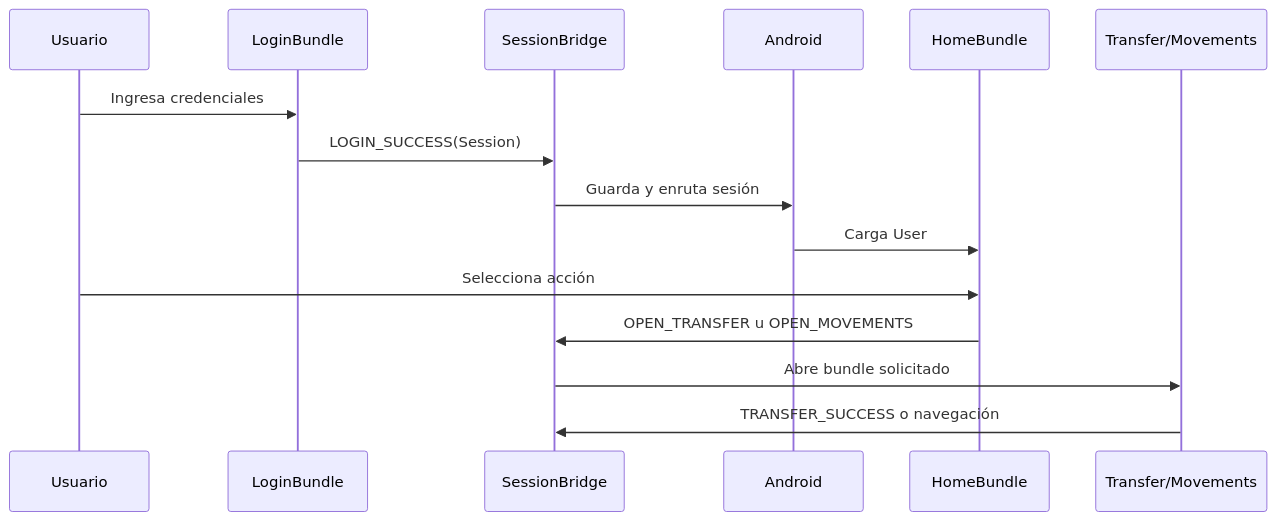
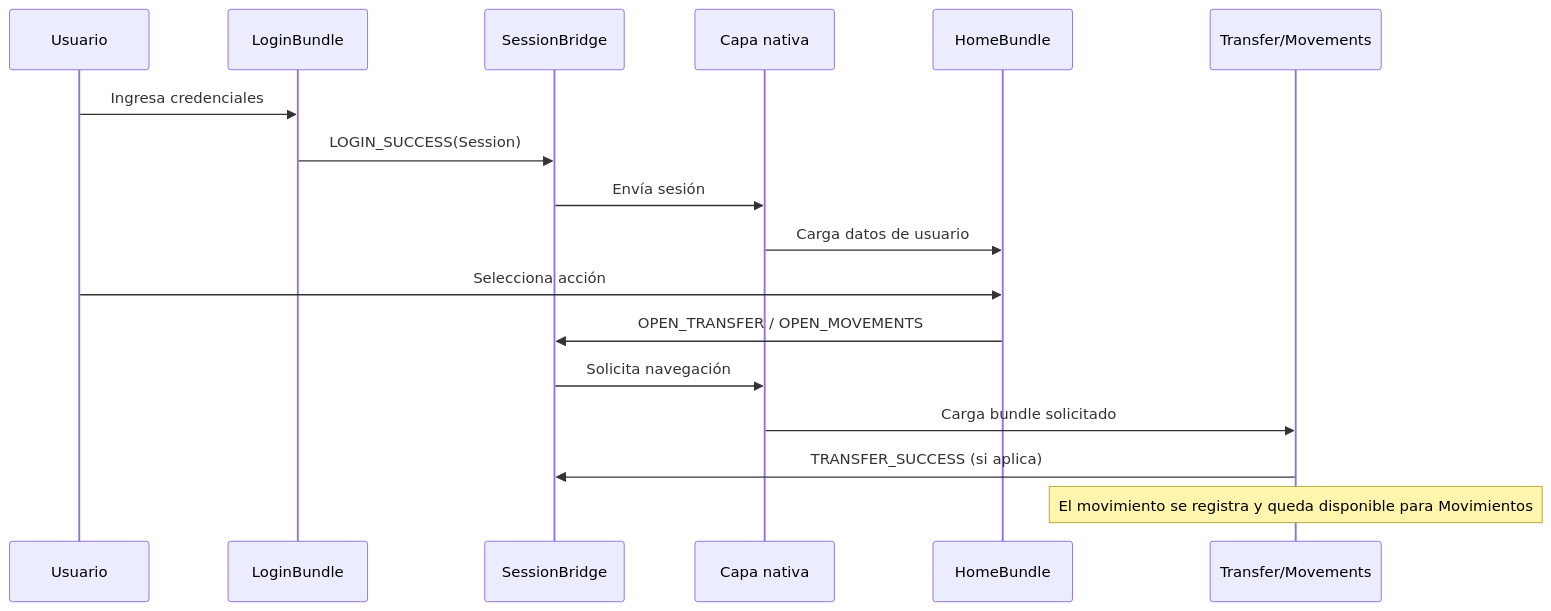
Before and after one commit to MariaHerrera03/bankapp: the second of 3 diagrams in docs/arquitectura.md, drawn with Mermaid. The commit also changed other lines of this file, not shown here.

````diff
--- a/docs/arquitectura.md
+++ b/docs/arquitectura.md
@@ -20,17 +30,20 @@
 ```mermaid
 sequenceDiagram
   participant U as Usuario
   participant L as LoginBundle
   participant B as SessionBridge
-  participant A as Android
+  participant A as Capa nativa
   participant H as HomeBundle
   participant T as Transfer/Movements
+
   U->>L: Ingresa credenciales
   L->>B: LOGIN_SUCCESS(Session)
-  B->>A: Guarda y enruta sesión
-  A->>H: Carga User
+  B->>A: Envía sesión
+  A->>H: Carga datos de usuario
   U->>H: Selecciona acción
-  H->>B: OPEN_TRANSFER u OPEN_MOVEMENTS
-  B->>T: Abre bundle solicitado
-  T->>B: TRANSFER_SUCCESS o navegación
+  H->>B: OPEN_TRANSFER / OPEN_MOVEMENTS
+  B->>A: Solicita navegación
+  A->>T: Carga bundle solicitado
+  T->>B: TRANSFER_SUCCESS (si aplica)
+  Note over T: El movimiento se registra y queda disponible para Movimientos
 ```
````
